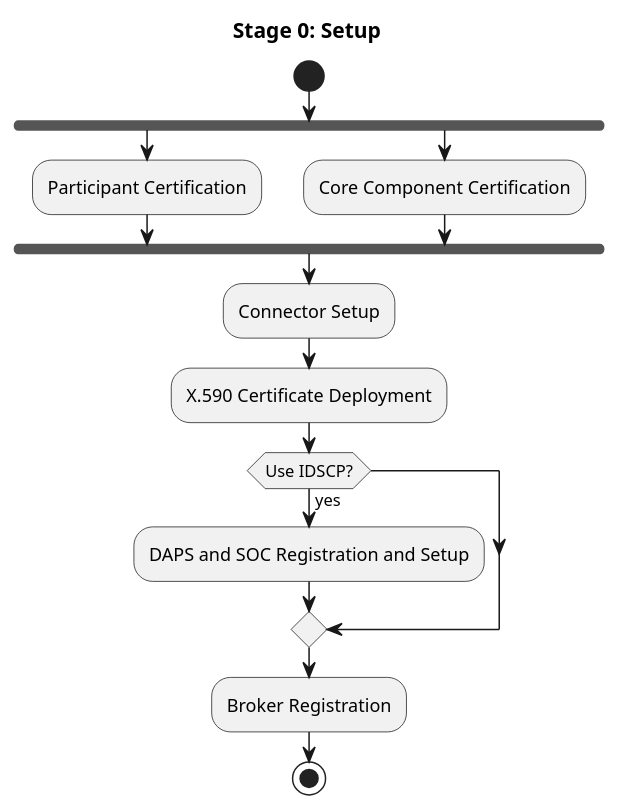
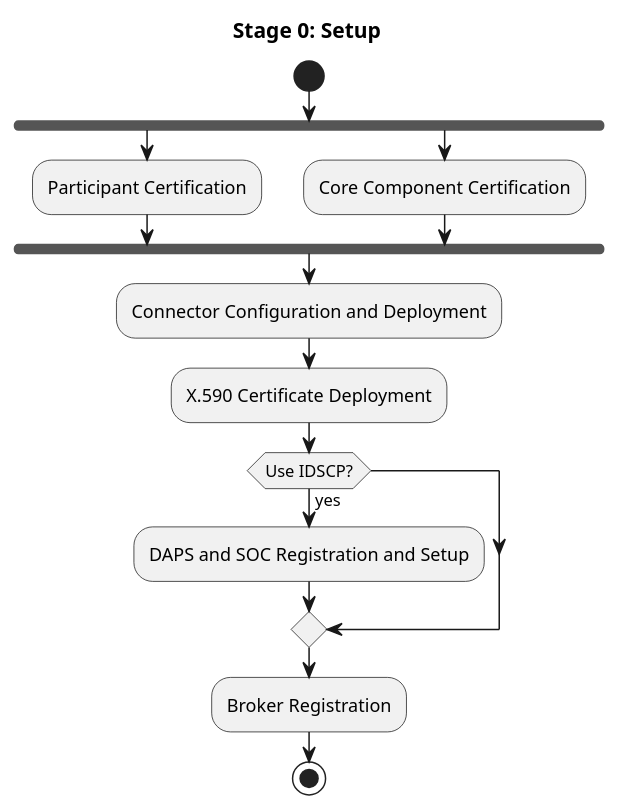
Before and after one commit to IndustrialDataSpace/Documentation: the diagram in stage0_setup.plantuml, drawn with PlantUML. The commit also changed 3 other files, not shown here.

Commit message:
divide idscp protocol sequence diagram into two parts, add activiy diagram for stage 3

```diff
--- a/stage0_setup.plantuml
+++ b/stage0_setup.plantuml
@@ -1,24 +1,24 @@
 @startuml
 
 start
 
 title Stage 0: Setup
 
 fork
 :Participant Certification;
 fork again
 :Core Component Certification;
 end fork
 
-:Connector Setup;
+:Connector Configuration and Deployment;
 :X.590 Certificate Deployment;
 
 if (Use IDSCP?) then (yes)
     :DAPS and SOC Registration and Setup;
 endif
 
 :Broker Registration;
 
 stop
 
 @enduml
```
